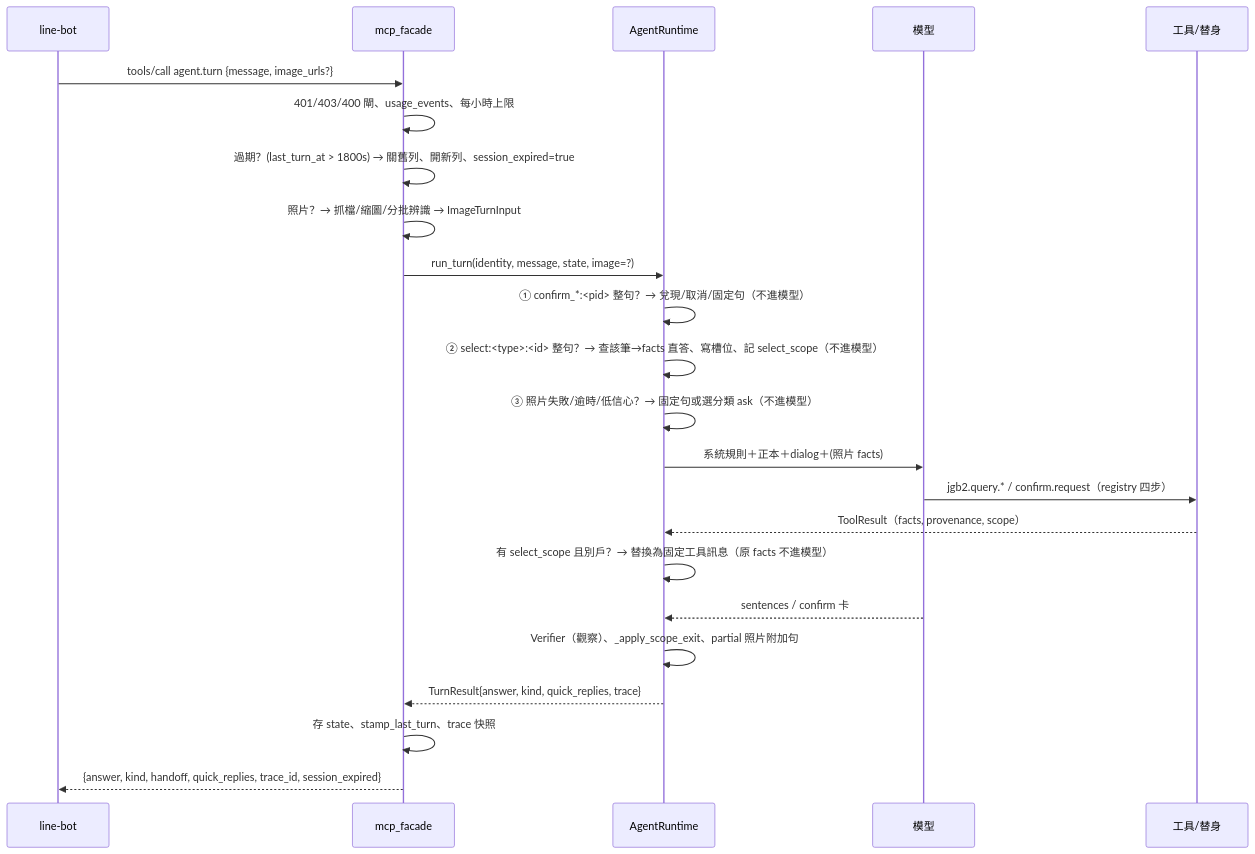
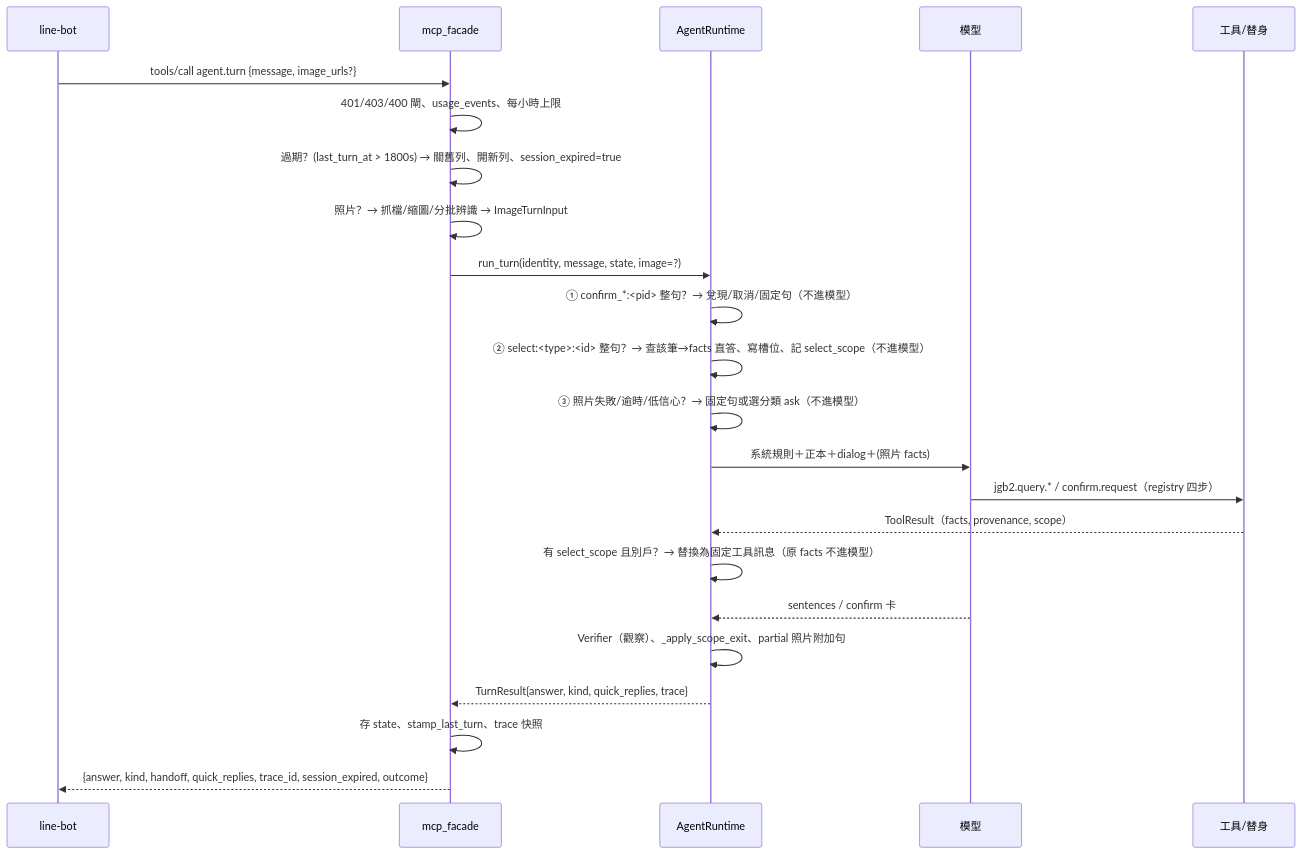
One commit to JGBlenny/AIChatbot changed the second of 2 diagrams in docs/architecture/AGENTIC_MCP_ARCHITECTURE.md. Above: the diagram before and after it, drawn with Mermaid. The commit also changed other lines of this file and 2 other files, not shown here.

Commit message:
spec(demo): 帳本 R13／DSP-043 上線實跑五態、HANDOFF-20260909 補 outcome 與公開路由、架構總覽補 outcome

````diff
--- a/docs/architecture/AGENTIC_MCP_ARCHITECTURE.md
+++ b/docs/architecture/AGENTIC_MCP_ARCHITECTURE.md
@@ -53,25 +53,25 @@
 ```mermaid
 sequenceDiagram
   participant L as line-bot
   participant F as mcp_facade
   participant R as AgentRuntime
   participant M as 模型
   participant T as 工具/替身
   L->>F: tools/call agent.turn {message, image_urls?}
   F->>F: 401/403/400 閘、usage_events、每小時上限
   F->>F: 過期？(last_turn_at > 1800s) → 關舊列、開新列、session_expired=true
   F->>F: 照片？→ 抓檔/縮圖/分批辨識 → ImageTurnInput
   F->>R: run_turn(identity, message, state, image=?)
   R->>R: ① confirm_*:<pid> 整句？→ 兌現/取消/固定句（不進模型）
   R->>R: ② select:<type>:<id> 整句？→ 查該筆→facts 直答、寫槽位、記 select_scope（不進模型）
   R->>R: ③ 照片失敗/逾時/低信心？→ 固定句或選分類 ask（不進模型）
   R->>M: 系統規則＋正本＋dialog＋(照片 facts)
   M->>T: jgb2.query.* / confirm.request（registry 四步）
   T-->>R: ToolResult（facts, provenance, scope）
   R->>R: 有 select_scope 且別戶？→ 替換為固定工具訊息（原 facts 不進模型）
   M-->>R: sentences / confirm 卡
   R->>R: Verifier（觀察）、_apply_scope_exit、partial 照片附加句
   R-->>F: TurnResult{answer, kind, quick_replies, trace}
   F->>F: 存 state、stamp_last_turn、trace 快照
-  F-->>L: {answer, kind, handoff, quick_replies, trace_id, session_expired}
+  F-->>L: {answer, kind, handoff, quick_replies, trace_id, session_expired, outcome}
 ```
````
